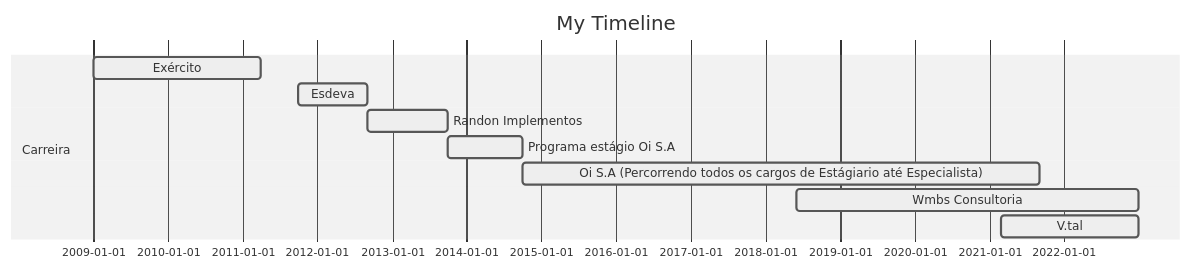
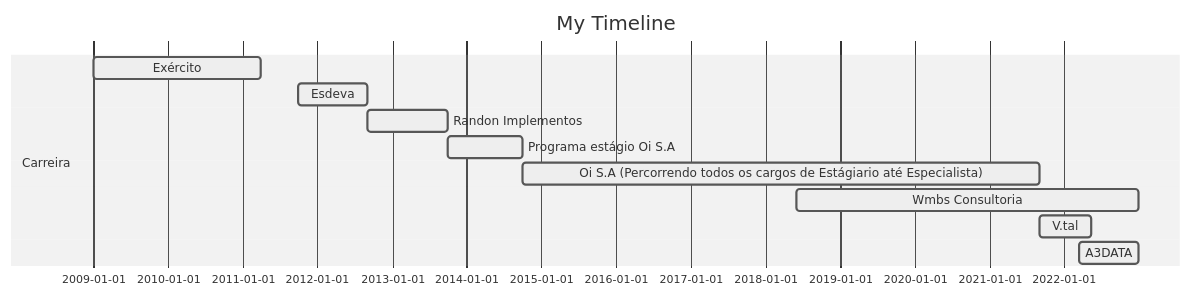
The diagram in README.md (Wellikiandre/Wellikiandre), drawn with Mermaid (neutral theme) before and after one commit.

````diff
--- a/README.md
+++ b/README.md
@@ -3,16 +3,17 @@
 ```mermaid
 
 gantt
 dateFormat  YYYY-MM-DD
 title My Timeline
 
 section Carreira
 Exército            :active,, 2009-01-01,2011-04-01
 Esdeva            :active,, 2011-10-01,2012-09-01
 Randon Implementos            :active,, 2012-09-01,2013-10-01
 Programa estágio Oi S.A            :active,, 2013-10-01,2014-10-01
 Oi S.A (Percorrendo todos os cargos de Estágiario até Especialista)            :active,, 2014-10-01,2021-09-01
 Wmbs Consultoria            :active,, 2018-06-01,2022-12-31
-V.tal           :active,, 2021-03-01,2022-12-31
+V.tal           :active,, 2021-09-01,2022-05-13
+A3DATA           :active,, 2022-03-15,2022-12-31
 
 ```
````
